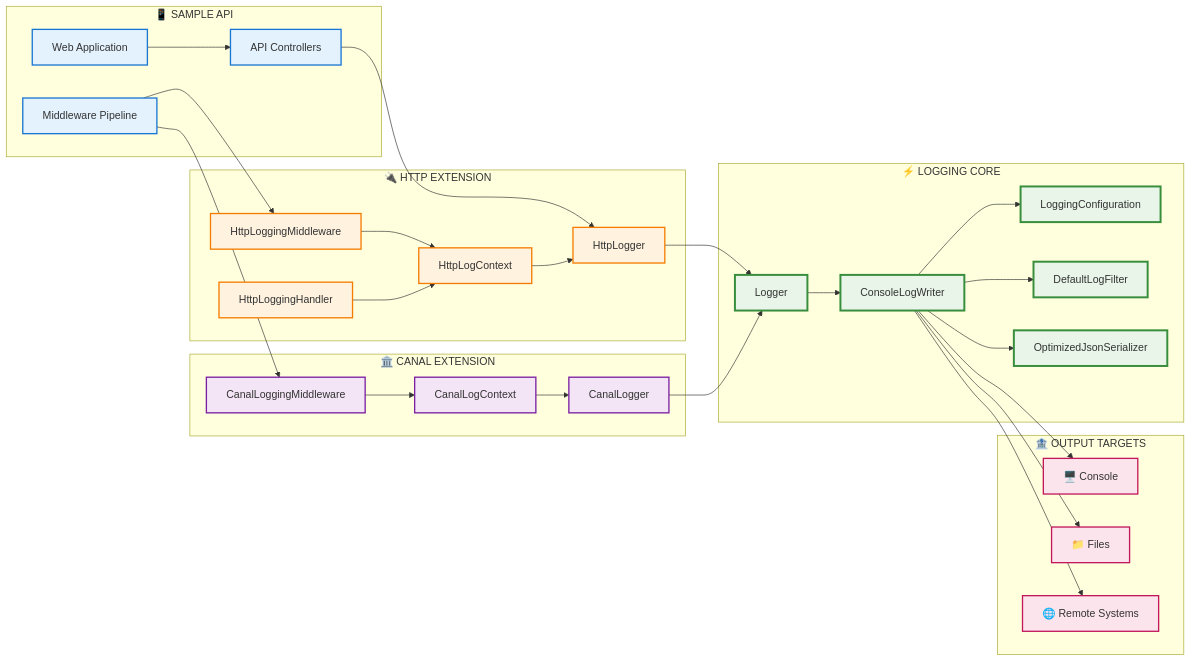
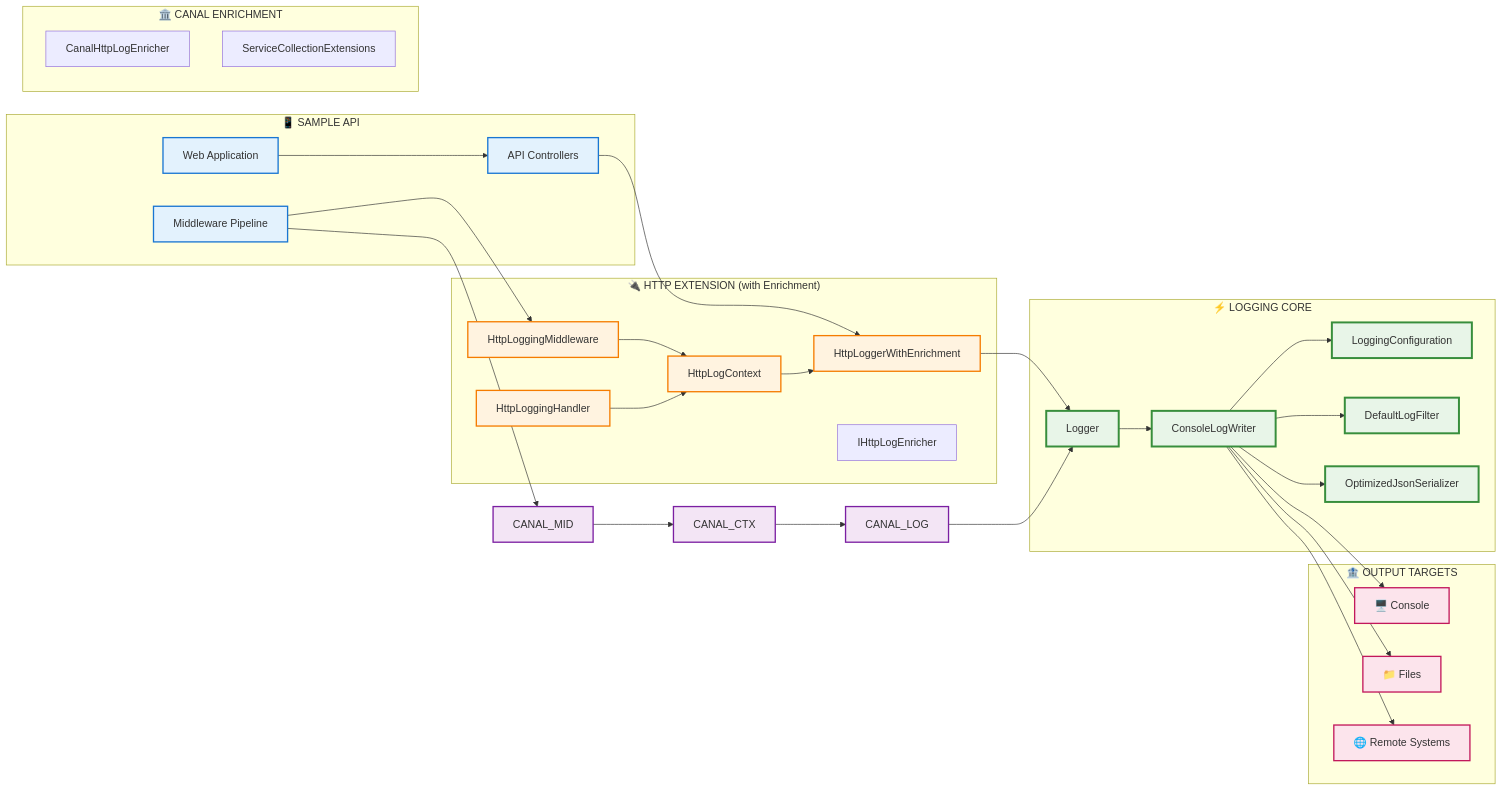
One commit to ercilli/Poc-Arquetipo changed the fifth of 9 diagrams in docs/ARCHITECTURE.md. Above: the diagram before and after it, drawn with Mermaid. The commit also changed other lines of this file and 28 other files, not shown here.

First line of the commit message:
feat: Implement Canal Enrichment Pattern for HTTP Logging

````diff
--- a/docs/ARCHITECTURE.md
+++ b/docs/ARCHITECTURE.md
@@ -255,71 +256,71 @@
 ```mermaid
 graph LR
     subgraph "📱 SAMPLE API"
         WEB[Web Application]
         API_CTL[API Controllers]
         MID[Middleware Pipeline]
     end
     
-    subgraph "🔌 HTTP EXTENSION"
-        HTTP_LOG[HttpLogger]
+    subgraph "🔌 HTTP EXTENSION (with Enrichment)"
+        HTTP_LOG[HttpLoggerWithEnrichment]
         HTTP_MID[HttpLoggingMiddleware]
         HTTP_HAND[HttpLoggingHandler]
         HTTP_CTX[HttpLogContext]
+        HTTP_ENRICHER[IHttpLogEnricher]
     end
     
-    subgraph "🏛️ CANAL EXTENSION"
-        CANAL_LOG[CanalLogger]
-        CANAL_MID[CanalLoggingMiddleware]
-        CANAL_CTX[CanalLogContext]
+    subgraph "🏛️ CANAL ENRICHMENT"
+        CANAL_ENRICHER[CanalHttpLogEnricher]
+        CANAL_EXTENSIONS[ServiceCollectionExtensions]
     end
     
     subgraph "⚡ LOGGING CORE"
         CORE_LOG[Logger]
         WRITER[ConsoleLogWriter]
         CONFIG[LoggingConfiguration]
         FILTER[DefaultLogFilter]
         OPT[OptimizedJsonSerializer]
     end
     
     subgraph "🏦 OUTPUT TARGETS"
         CONSOLE["🖥️ Console"]
         FILES["📁 Files"]
         REMOTE["🌐 Remote Systems"]
     end
     
     %% CONNECTIONS
     WEB --> API_CTL
     API_CTL --> HTTP_LOG
     MID --> HTTP_MID
     MID --> CANAL_MID
     
     HTTP_LOG --> CORE_LOG
     HTTP_MID --> HTTP_CTX
     HTTP_HAND --> HTTP_CTX
     HTTP_CTX --> HTTP_LOG
     
     CANAL_LOG --> CORE_LOG
     CANAL_MID --> CANAL_CTX
     CANAL_CTX --> CANAL_LOG
     
     CORE_LOG --> WRITER
     WRITER --> CONFIG
     WRITER --> FILTER
     WRITER --> OPT
     
     WRITER --> CONSOLE
     WRITER --> FILES
     WRITER --> REMOTE
     
     classDef apiComp fill:#e3f2fd,stroke:#1976d2,stroke-width:2px
     classDef httpComp fill:#fff3e0,stroke:#f57c00,stroke-width:2px
     classDef canalComp fill:#f3e5f5,stroke:#7b1fa2,stroke-width:2px
     classDef coreComp fill:#e8f5e8,stroke:#388e3c,stroke-width:3px
     classDef outputComp fill:#fce4ec,stroke:#c2185b,stroke-width:2px
     
     class WEB,API_CTL,MID apiComp
     class HTTP_LOG,HTTP_MID,HTTP_HAND,HTTP_CTX httpComp
     class CANAL_LOG,CANAL_MID,CANAL_CTX canalComp
     class CORE_LOG,WRITER,CONFIG,FILTER,OPT coreComp
     class CONSOLE,FILES,REMOTE outputComp
 ```
````
